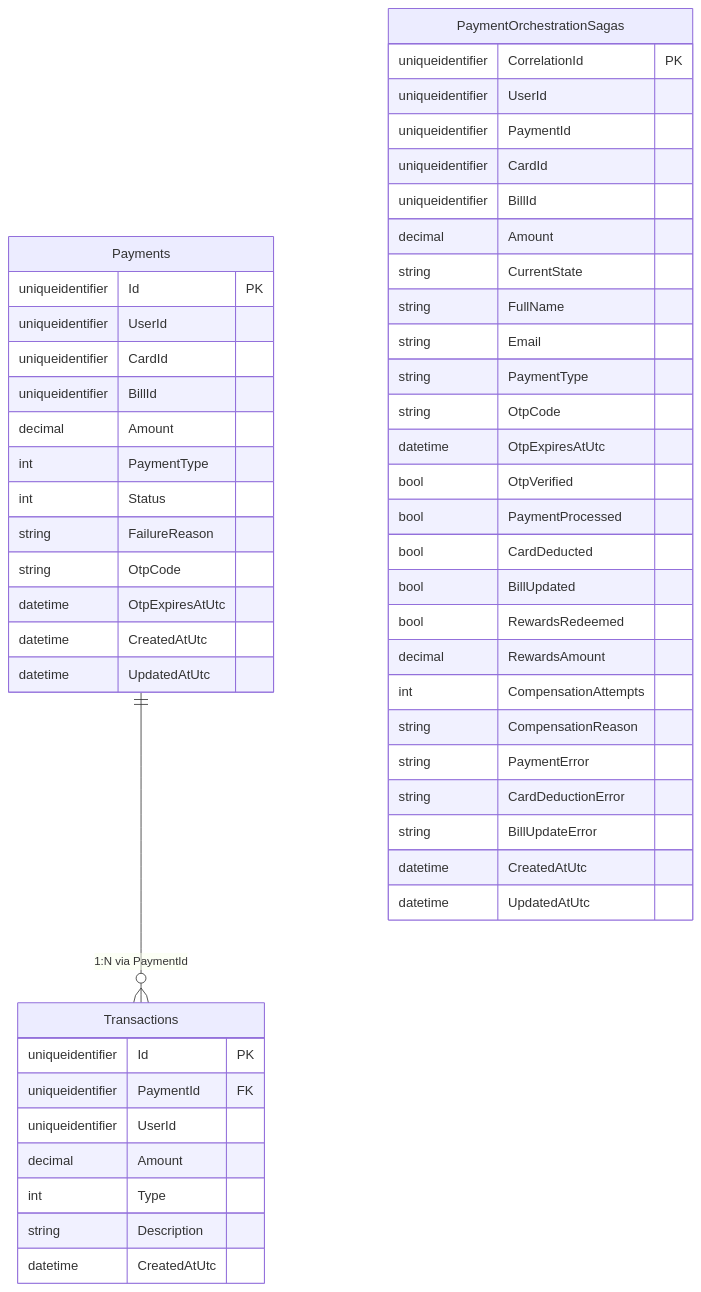
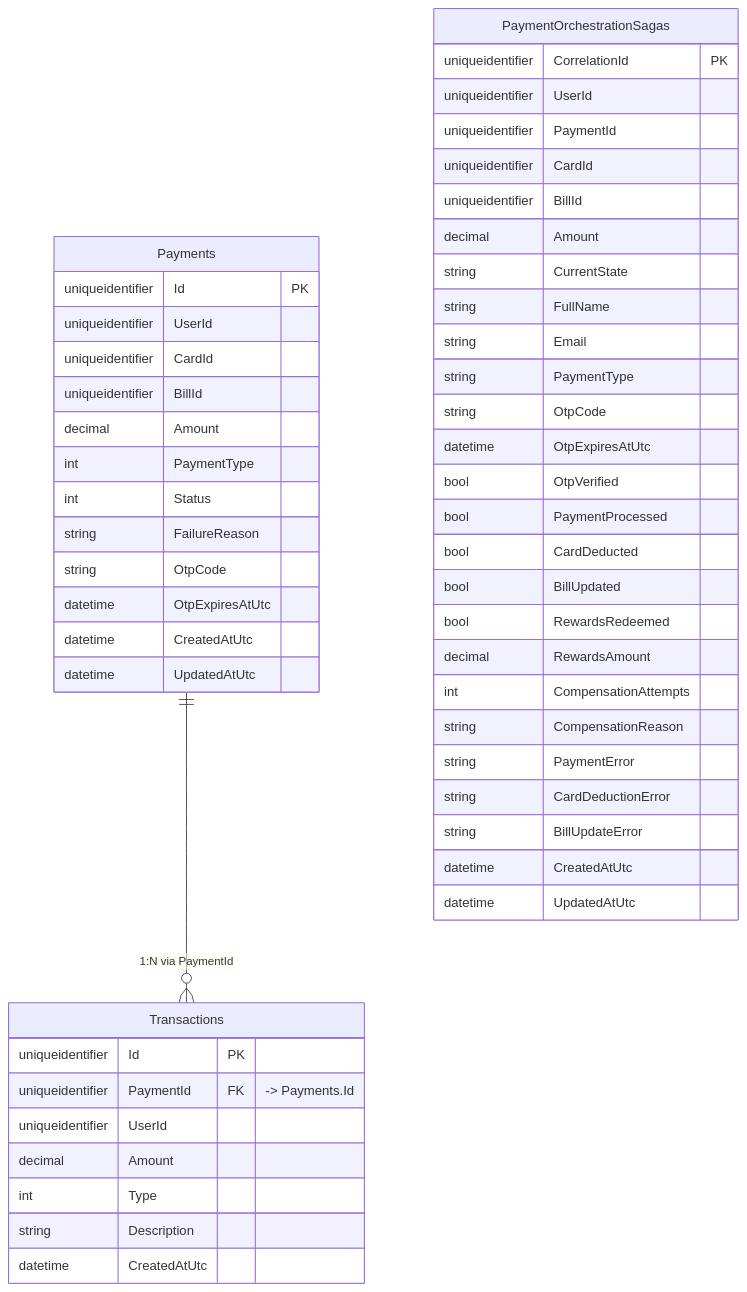
Before and after one commit to TirtharajBarma/cred-vault: the fourth of 6 diagrams in src/docs/DB-FOREIGN-KEY-ARCHITECTURE.md, drawn with Mermaid. The commit also changed other lines of this file and 26 other files, not shown here.

````diff
--- a/src/docs/DB-FOREIGN-KEY-ARCHITECTURE.md
+++ b/src/docs/DB-FOREIGN-KEY-ARCHITECTURE.md
@@ -217,57 +253,57 @@
 ```mermaid
 erDiagram
     Payments {
         uniqueidentifier Id PK
         uniqueidentifier UserId
         uniqueidentifier CardId
         uniqueidentifier BillId
         decimal Amount
         int PaymentType
         int Status
         string FailureReason
         string OtpCode
         datetime OtpExpiresAtUtc
         datetime CreatedAtUtc
         datetime UpdatedAtUtc
     }
 
     Transactions {
         uniqueidentifier Id PK
-        uniqueidentifier PaymentId FK
+        uniqueidentifier PaymentId FK "-> Payments.Id"
         uniqueidentifier UserId
         decimal Amount
         int Type
         string Description
         datetime CreatedAtUtc
     }
 
     PaymentOrchestrationSagas {
         uniqueidentifier CorrelationId PK
         uniqueidentifier UserId
         uniqueidentifier PaymentId
         uniqueidentifier CardId
         uniqueidentifier BillId
         decimal Amount
         string CurrentState
         string FullName
         string Email
         string PaymentType
         string OtpCode
         datetime OtpExpiresAtUtc
         bool OtpVerified
         bool PaymentProcessed
         bool CardDeducted
         bool BillUpdated
         bool RewardsRedeemed
         decimal RewardsAmount
         int CompensationAttempts
         string CompensationReason
         string PaymentError
         string CardDeductionError
         string BillUpdateError
         datetime CreatedAtUtc
         datetime UpdatedAtUtc
     }
 
     Payments ||--o{ Transactions : "1:N via PaymentId"
 ```
````
